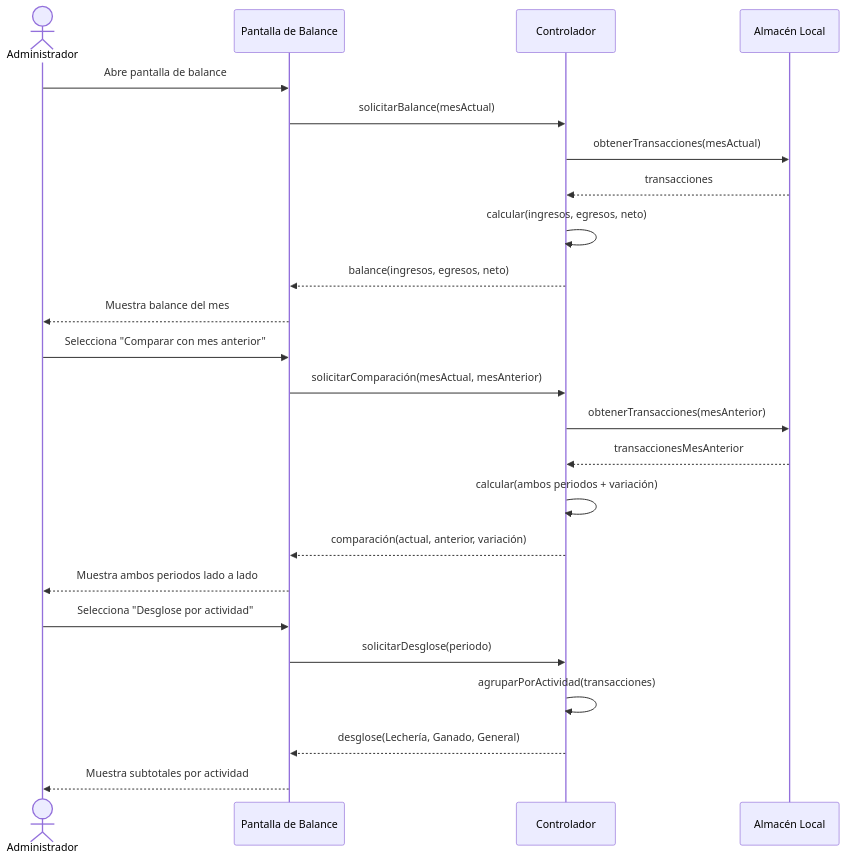
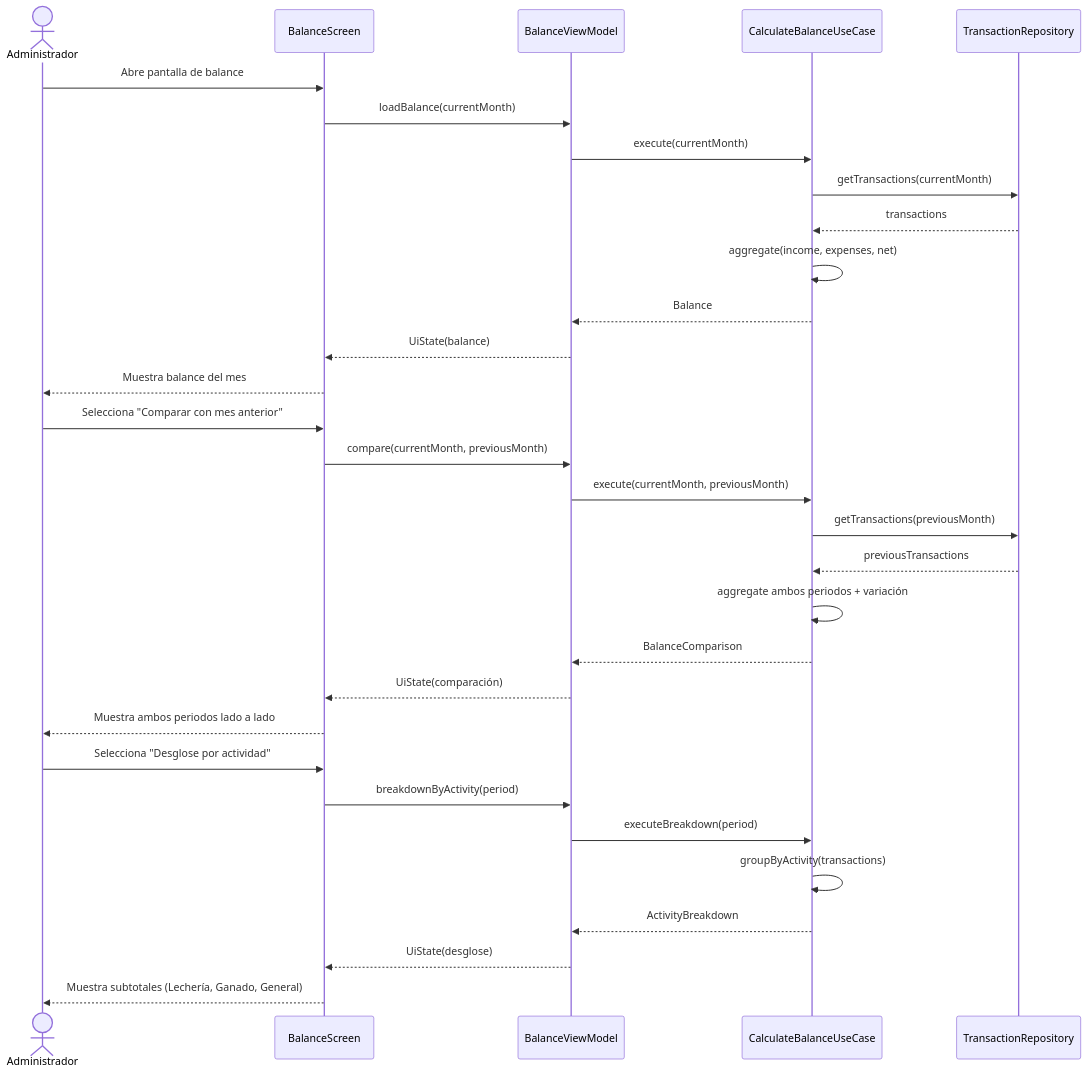
One commit to Mundolel/SGE changed the second of 6 diagrams in docs/3-casos-uso-uml/diagramas_secuencia.md. Above: the diagram before and after it, drawn with Mermaid. The commit also changed other lines of this file and 2 other files, not shown here.

First line of the commit message:
docs: align UML deliverables with architecture ADRs (#28)

````diff
--- a/docs/3-casos-uso-uml/diagramas_secuencia.md
+++ b/docs/3-casos-uso-uml/diagramas_secuencia.md
@@ -56,29 +57,36 @@
 ```mermaid
 sequenceDiagram
     actor Admin as Administrador
-    participant UI as Pantalla de Balance
-    participant Ctrl as Controlador
-    participant Repo as Almacén Local
+    participant Screen as BalanceScreen
+    participant VM as BalanceViewModel
+    participant UC as CalculateBalanceUseCase
+    participant Repo as TransactionRepository
 
-    Admin->>UI: Abre pantalla de balance
-    UI->>Ctrl: solicitarBalance(mesActual)
-    Ctrl->>Repo: obtenerTransacciones(mesActual)
-    Repo-->>Ctrl: transacciones
-    Ctrl->>Ctrl: calcular(ingresos, egresos, neto)
-    Ctrl-->>UI: balance(ingresos, egresos, neto)
-    UI-->>Admin: Muestra balance del mes
+    Admin->>Screen: Abre pantalla de balance
+    Screen->>VM: loadBalance(currentMonth)
+    VM->>UC: execute(currentMonth)
+    UC->>Repo: getTransactions(currentMonth)
+    Repo-->>UC: transactions
+    UC->>UC: aggregate(income, expenses, net)
+    UC-->>VM: Balance
+    VM-->>Screen: UiState(balance)
+    Screen-->>Admin: Muestra balance del mes
 
-    Admin->>UI: Selecciona "Comparar con mes anterior"
-    UI->>Ctrl: solicitarComparación(mesActual, mesAnterior)
-    Ctrl->>Repo: obtenerTransacciones(mesAnterior)
-    Repo-->>Ctrl: transaccionesMesAnterior
-    Ctrl->>Ctrl: calcular(ambos periodos + variación)
-    Ctrl-->>UI: comparación(actual, anterior, variación)
-    UI-->>Admin: Muestra ambos periodos lado a lado
+    Admin->>Screen: Selecciona "Comparar con mes anterior"
+    Screen->>VM: compare(currentMonth, previousMonth)
+    VM->>UC: execute(currentMonth, previousMonth)
+    UC->>Repo: getTransactions(previousMonth)
+    Repo-->>UC: previousTransactions
+    UC->>UC: aggregate ambos periodos + variación
+    UC-->>VM: BalanceComparison
+    VM-->>Screen: UiState(comparación)
+    Screen-->>Admin: Muestra ambos periodos lado a lado
 
-    Admin->>UI: Selecciona "Desglose por actividad"
-    UI->>Ctrl: solicitarDesglose(periodo)
-    Ctrl->>Ctrl: agruparPorActividad(transacciones)
-    Ctrl-->>UI: desglose(Lechería, Ganado, General)
-    UI-->>Admin: Muestra subtotales por actividad
+    Admin->>Screen: Selecciona "Desglose por actividad"
+    Screen->>VM: breakdownByActivity(period)
+    VM->>UC: executeBreakdown(period)
+    UC->>UC: groupByActivity(transactions)
+    UC-->>VM: ActivityBreakdown
+    VM-->>Screen: UiState(desglose)
+    Screen-->>Admin: Muestra subtotales (Lechería, Ganado, General)
 ```
````
